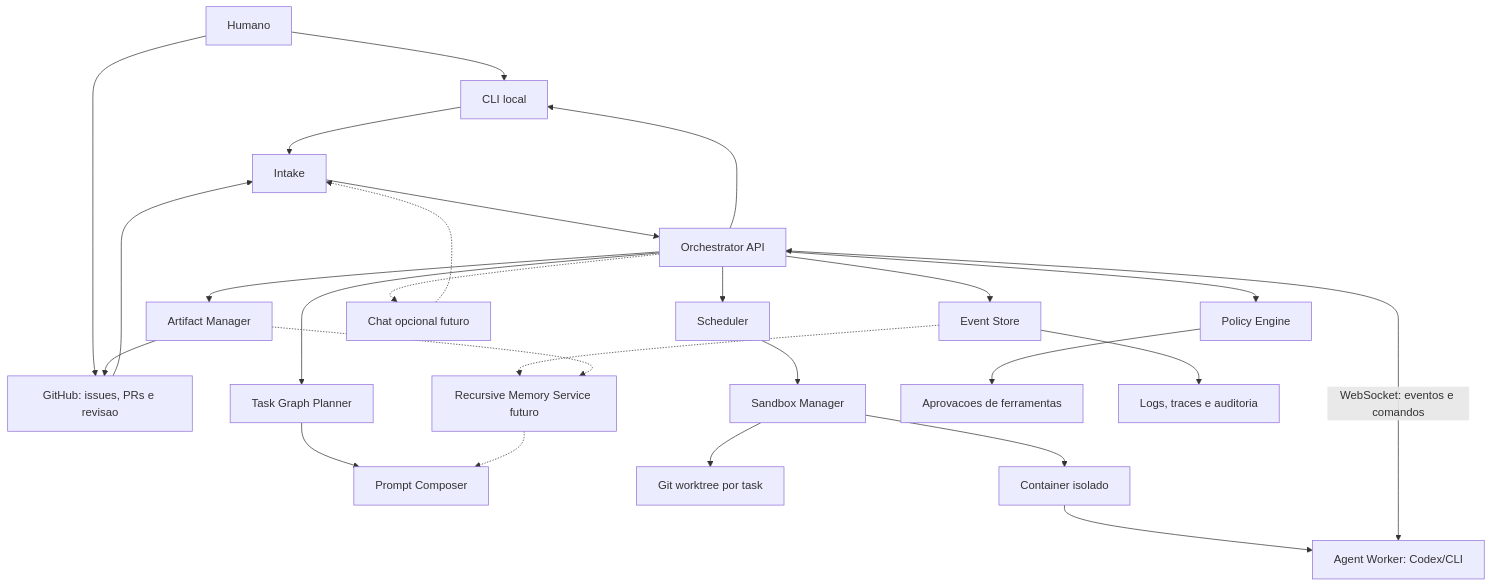
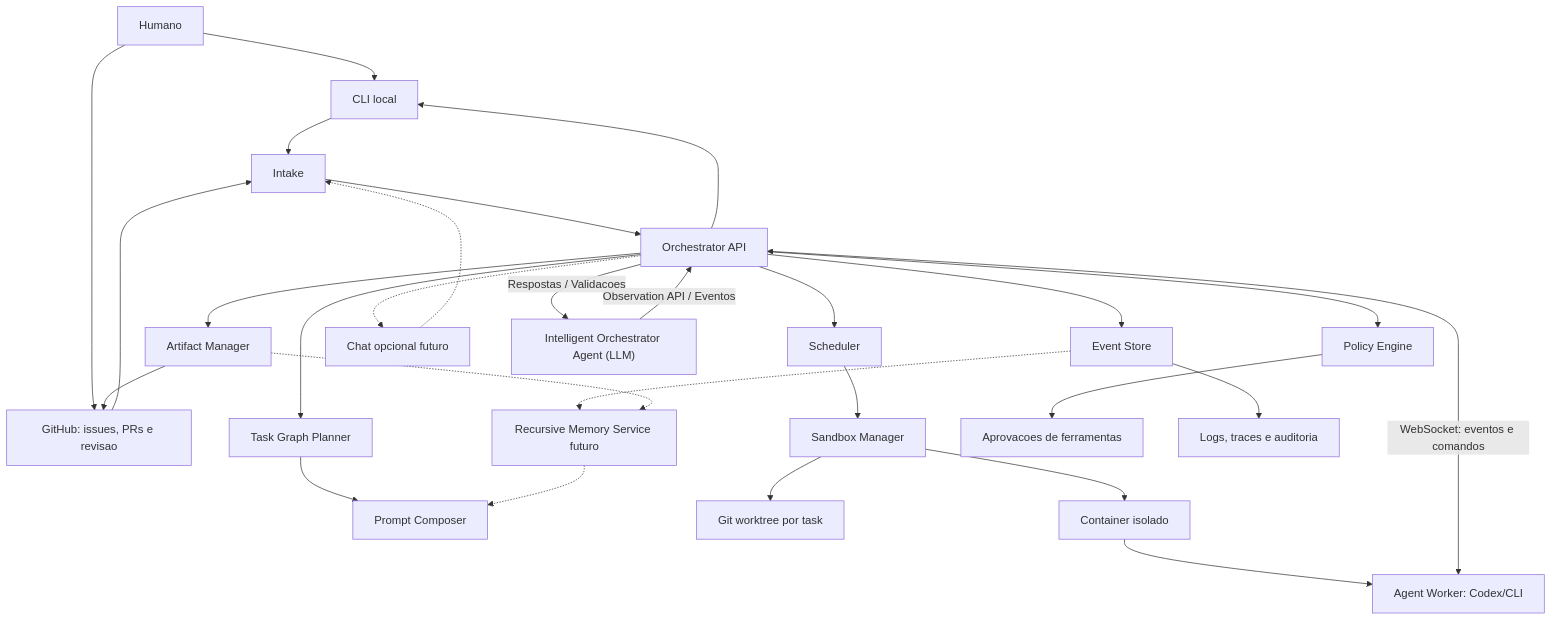
The diagram in docs/architecture/README.md (levygit837-cyber/OrchestraOS), drawn with Mermaid before and after one commit. The commit also changed other lines of this file and 6 other files, not shown here.

````diff
--- a/docs/architecture/README.md
+++ b/docs/architecture/README.md
@@ -19,32 +25,36 @@
 ```mermaid
 flowchart TD
     Human["Humano"] --> CLI["CLI local"]
     Human --> GitHub["GitHub: issues, PRs e revisao"]
 
     GitHub --> Intake
     CLI --> Intake
     Intake --> Orchestrator["Orchestrator API"]
 
     Orchestrator --> Planner["Task Graph Planner"]
     Planner --> Prompts["Prompt Composer"]
     Orchestrator --> Scheduler["Scheduler"]
     Orchestrator --> Policy["Policy Engine"]
     Orchestrator --> Events["Event Store"]
     Orchestrator --> Artifacts["Artifact Manager"]
     Events -.-> Memory["Recursive Memory Service futuro"]
     Artifacts -.-> Memory
     Memory -.-> Prompts
 
     Scheduler --> Sandbox["Sandbox Manager"]
     Sandbox --> Worktree["Git worktree por task"]
     Sandbox --> Container["Container isolado"]
     Container --> Agent["Agent Worker: Codex/CLI"]
 
     Agent <-->|"WebSocket: eventos e comandos"| Orchestrator
     Policy --> Approvals["Aprovacoes de ferramentas"]
     Events --> Observability["Logs, traces e auditoria"]
     Artifacts --> GitHub
     Orchestrator --> CLI
     Chat["Chat opcional futuro"] -.-> Intake
     Orchestrator -.-> Chat
+
+    %% Arquitetura Hibrida: Agente Orquestrador Inteligente
+    IntelligentAgent["Intelligent Orchestrator Agent (LLM)"] -->|"Observation API / Eventos"| Orchestrator
+    Orchestrator -->|"Respostas / Validacoes"| IntelligentAgent
 ```
````
